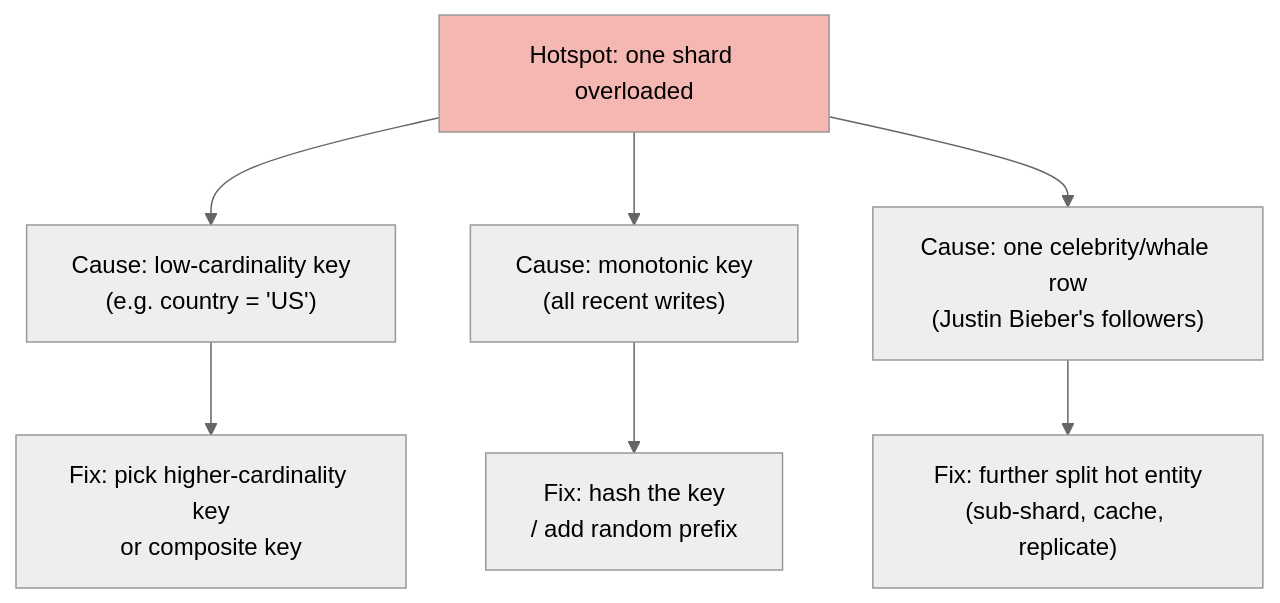
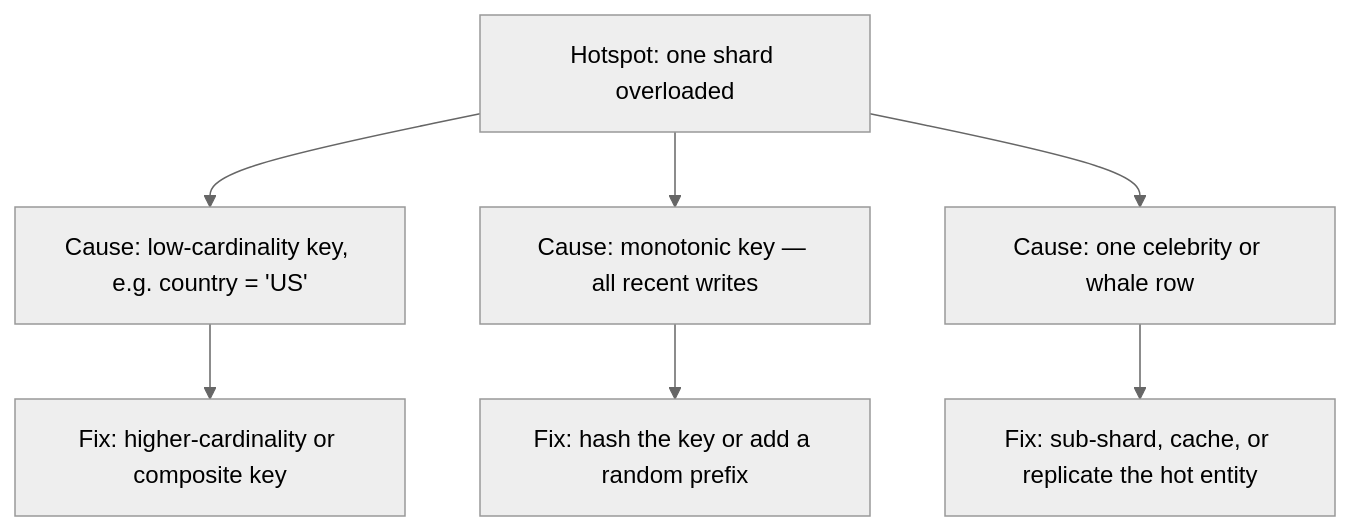
One commit to mohammad-mriesh-job/cortex changed the third of 4 diagrams in src/modules/database/content/09-scaling/02-partitioning-and-sharding.md. Above: the diagram before and after it, drawn with Mermaid (neutral theme). The commit also changed other lines of this file and 257 other files, not shown here.

````diff
--- a/src/modules/database/content/09-scaling/02-partitioning-and-sharding.md
+++ b/src/modules/database/content/09-scaling/02-partitioning-and-sharding.md
@@ -108,11 +105,10 @@
 ```mermaid
 flowchart TD
     HS["Hotspot: one shard overloaded"]
-    HS --> C1["Cause: low-cardinality key<br/>(e.g. country = 'US')"]
-    HS --> C2["Cause: monotonic key<br/>(all recent writes)"]
-    HS --> C3["Cause: one celebrity/whale row<br/>(Justin Bieber's followers)"]
-    C1 --> F1["Fix: pick higher-cardinality key<br/>or composite key"]
-    C2 --> F2["Fix: hash the key<br/>/ add random prefix"]
-    C3 --> F3["Fix: further split hot entity<br/>(sub-shard, cache, replicate)"]
-    style HS fill:#f5b7b1,color:#000
+    HS --> C1["Cause: low-cardinality key, e.g. country = 'US'"]
+    HS --> C2["Cause: monotonic key — all recent writes"]
+    HS --> C3["Cause: one celebrity or whale row"]
+    C1 --> F1["Fix: higher-cardinality or composite key"]
+    C2 --> F2["Fix: hash the key or add a random prefix"]
+    C3 --> F3["Fix: sub-shard, cache, or replicate the hot entity"]
 ```
````
